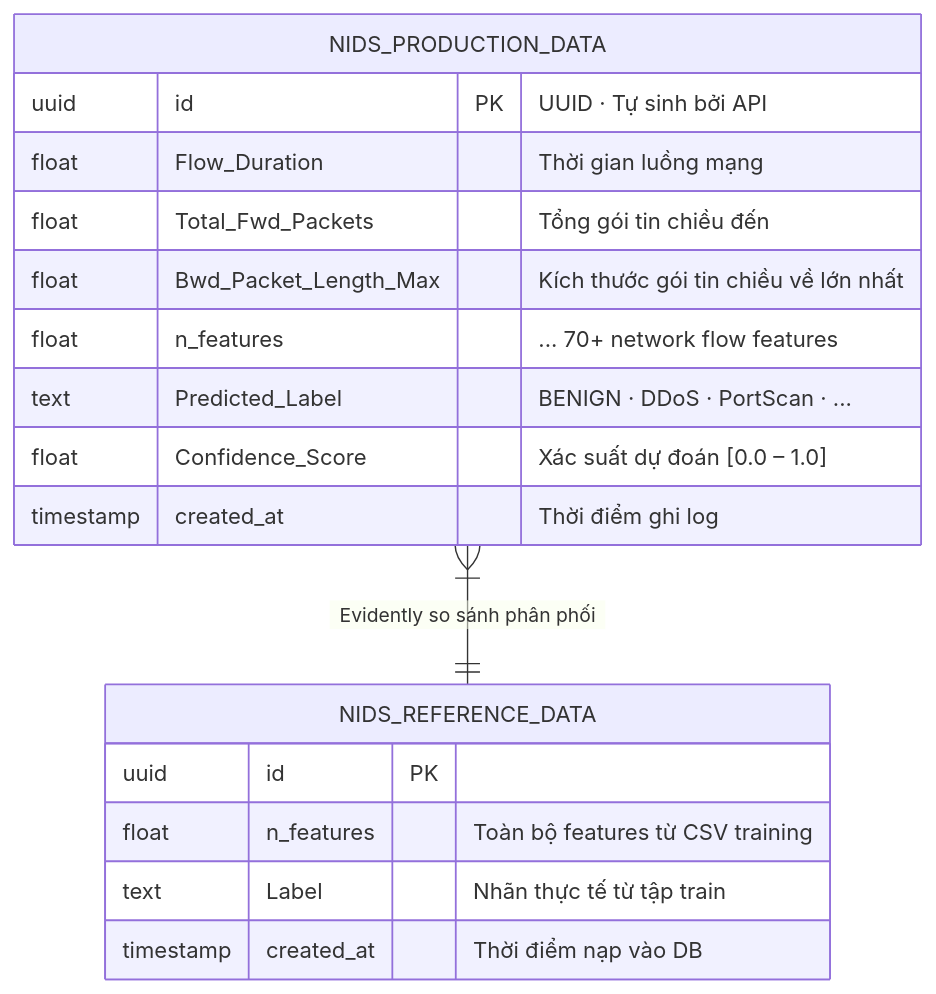
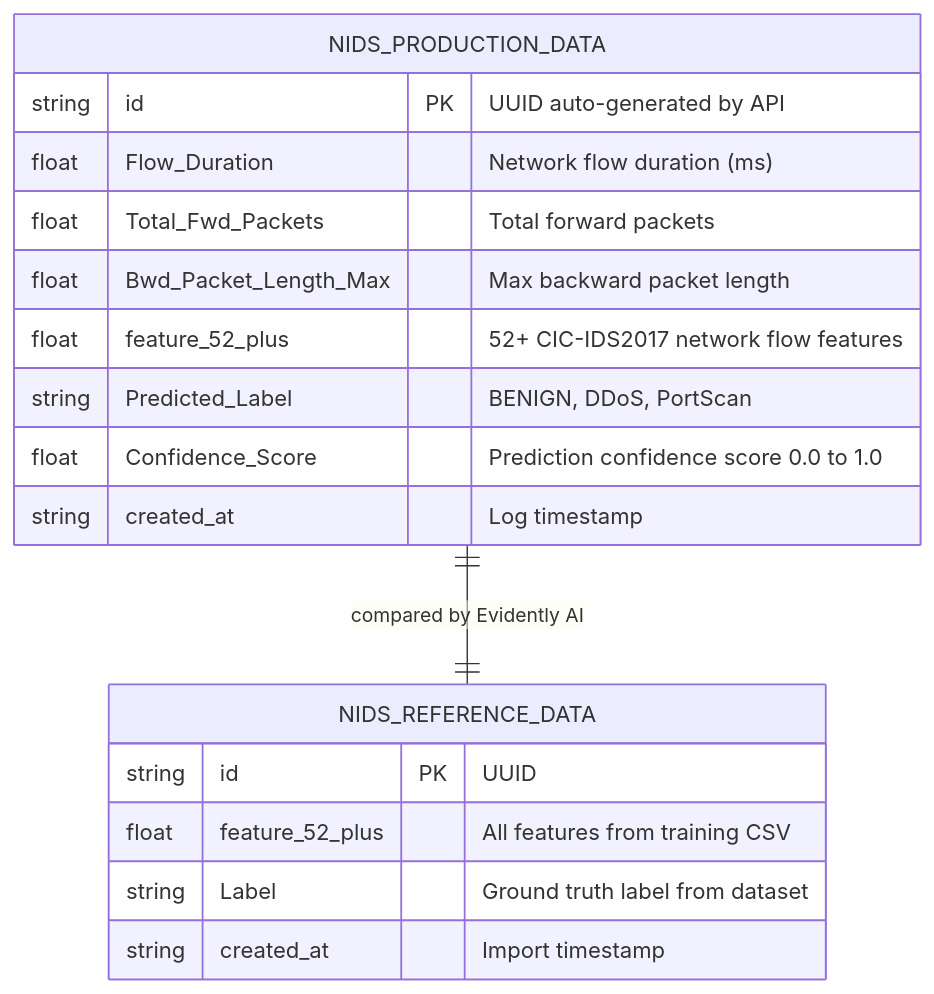
The seventh of 7 diagrams in ARCHITECTURE.md (Viet-Hoang-2005/AdaptML), drawn with Mermaid before and after one commit. The commit also changed other lines of this file, not shown here.

Commit message:
docs: Update the Database Schema in the Architecture.

````diff
--- a/ARCHITECTURE.md
+++ b/ARCHITECTURE.md
@@ -217,22 +217,22 @@
 ```mermaid
 erDiagram
     NIDS_PRODUCTION_DATA {
-        uuid id PK "UUID · Tự sinh bởi API"
-        float Flow_Duration "Thời gian luồng mạng"
-        float Total_Fwd_Packets "Tổng gói tin chiều đến"
-        float Bwd_Packet_Length_Max "Kích thước gói tin chiều về lớn nhất"
-        float n_features "... 70+ network flow features"
-        text Predicted_Label "BENIGN · DDoS · PortScan · ..."
-        float Confidence_Score "Xác suất dự đoán [0.0 – 1.0]"
-        timestamp created_at "Thời điểm ghi log"
+        string id PK "UUID auto-generated by API"
+        float Flow_Duration "Network flow duration (ms)"
+        float Total_Fwd_Packets "Total forward packets"
+        float Bwd_Packet_Length_Max "Max backward packet length"
+        float feature_52_plus "52+ CIC-IDS2017 network flow features"
+        string Predicted_Label "BENIGN, DDoS, PortScan"
+        float Confidence_Score "Prediction confidence score 0.0 to 1.0"
+        string created_at "Log timestamp"
     }
 
     NIDS_REFERENCE_DATA {
-        uuid id PK
-        float n_features "Toàn bộ features từ CSV training"
-        text Label "Nhãn thực tế từ tập train"
-        timestamp created_at "Thời điểm nạp vào DB"
+        string id PK "UUID"
+        float feature_52_plus "All features from training CSV"
+        string Label "Ground truth label from dataset"
+        string created_at "Import timestamp"
     }
 
-    NIDS_PRODUCTION_DATA }|--|| NIDS_REFERENCE_DATA : "Evidently so sánh phân phối"
+    NIDS_PRODUCTION_DATA ||--|| NIDS_REFERENCE_DATA : "compared by Evidently AI"
 ```
````
